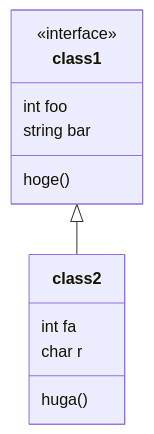
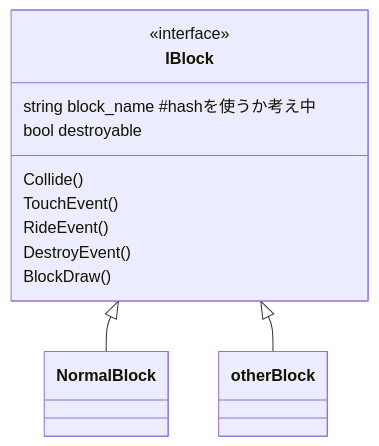
Before and after one commit to naga-karupi/block-adventure: the first of 3 diagrams in class.md, drawn with Mermaid. The commit also changed other lines of this file, not shown here.

Commit message:
ちゃんと書いたクラス図を追加

````diff
--- a/class.md
+++ b/class.md
@@ -3,18 +5,24 @@
 ```mermaid 
-  classDiagram 
-    class class1{
-        <<interface>>        
-        int foo
-        string bar
+classDiagram
 
-        hoge()
-    }
+class IBlock{
+    <<interface>>
+    string block_name #hashを使うか考え中
+    bool destroyable
 
-    class class2{
-        int fa
-        char r
+    Collide()
+    TouchEvent()
+    RideEvent()
+    DestroyEvent()
 
-        huga()
-    }
-    class1<|--class2
+    BlockDraw()
+    
+}
+
+class NormalBlock{
+    
+}
+IBlock<|--NormalBlock
+IBlock<|--otherBlock
+
 ```
````
